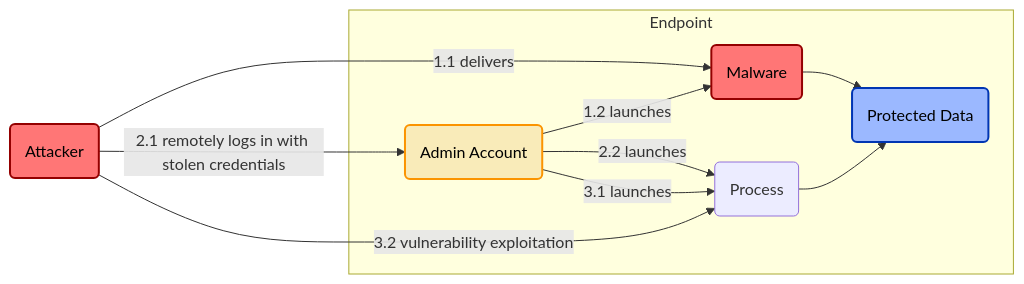
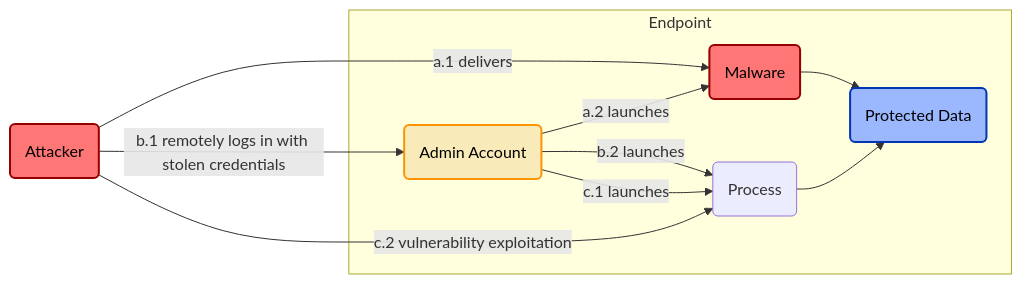
Before and after one commit to grcengineering/community-security-controls: the first of 2 diagrams in controls/iam/iam.pam.01.md, drawn with Mermaid. The commit also changed other lines of this file and 1 other file, not shown here.

````diff
--- a/controls/iam/iam.pam.01.md
+++ b/controls/iam/iam.pam.01.md
@@ -8,28 +8,28 @@
 ```mermaid
 flowchart LR
     aa(Admin Account)
     at(Attacker)
     m(Malware)
     p(Process)
     pd(Protected Data)
 
-    at -->|1.1 delivers|m
-    at -->|2.1 remotely logs in with stolen credentials|aa
-    at -->|3.2 vulnerability exploitation|p
+    at -->|a.1 delivers|m
+    at -->|b.1 remotely logs in with stolen credentials|aa
+    at -->|c.2 vulnerability exploitation|p
 
     subgraph ide1 [Endpoint]
-        aa-->|1.2 launches|m
-        aa-->|2.2 launches|p
-        aa-->|3.1 launches|p
+        aa-->|a.2 launches|m
+        aa-->|b.2 launches|p
+        aa-->|c.1 launches|p
         p-->pd
         m-->pd
     end
 
     style at fill:#ff7676,stroke:#940000,stroke-width:2px,color:#000000
 
     style m fill:#ff7676,stroke:#940000,stroke-width:2px,color:#000000
 
     style aa fill:#f9ebb9,stroke:#fb9400,stroke-width:2px,color:#000000
 
     style pd fill:#9bb8ff,stroke:#0035b3,stroke-width:2px,color:#000000
 ```
````
